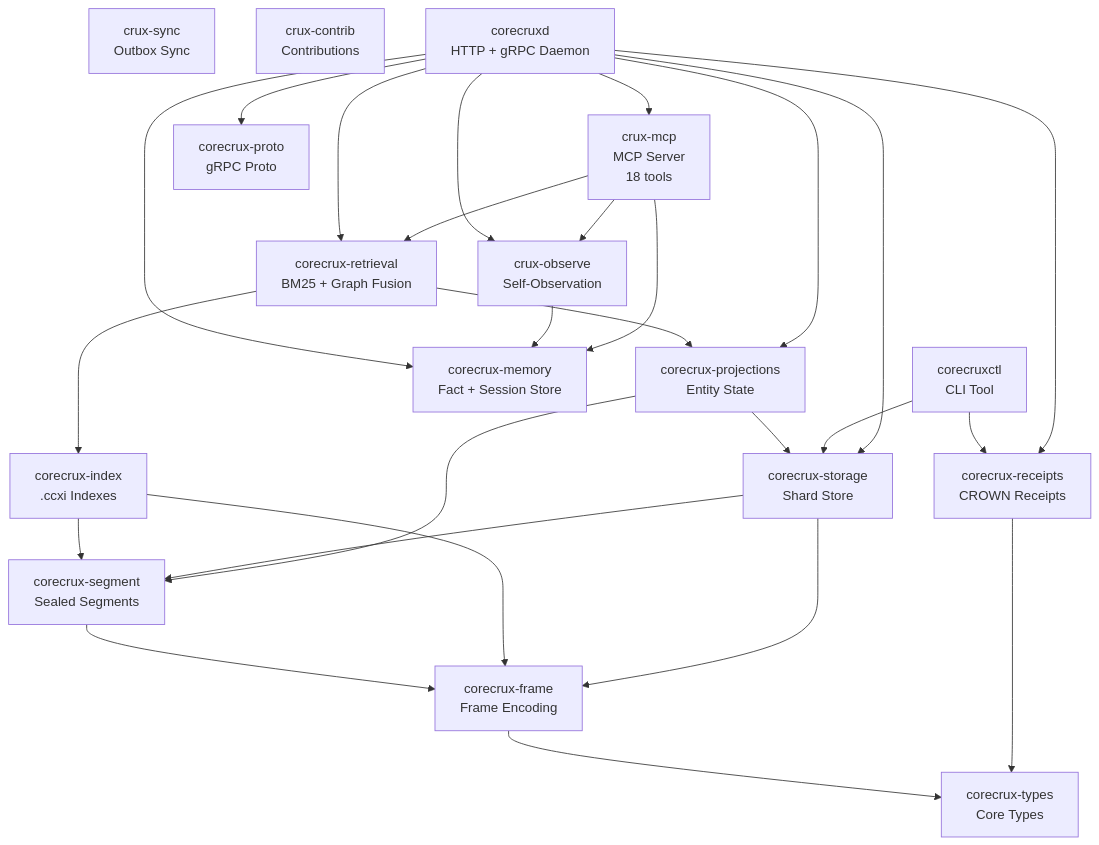
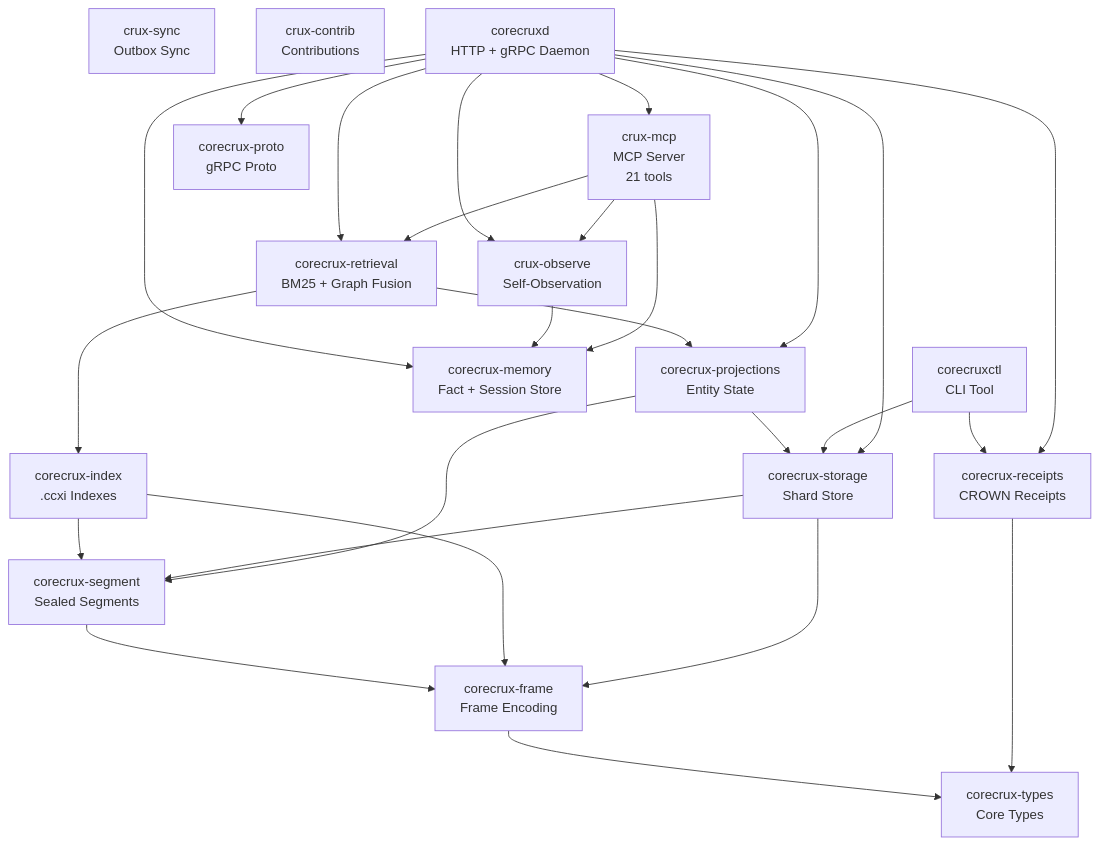
The diagram in README.md (CueCrux/Crux), drawn with Mermaid before and after one commit. The commit also changed other lines of this file and 20 other files, not shown here.

````diff
--- a/README.md
+++ b/README.md
@@ -210,45 +210,45 @@
 ```mermaid
 graph TD
-    cruxmcp[crux-mcp<br/>MCP Server<br/>18 tools]
+    cruxmcp[crux-mcp<br/>MCP Server<br/>21 tools]
     observe[crux-observe<br/>Self-Observation]
     sync[crux-sync<br/>Outbox Sync]
     contrib[crux-contrib<br/>Contributions]
     corecruxd[corecruxd<br/>HTTP + gRPC Daemon]
     corecruxctl[corecruxctl<br/>CLI Tool]
     retrieval[corecrux-retrieval<br/>BM25 + Graph Fusion]
     memory[corecrux-memory<br/>Fact + Session Store]
     projections[corecrux-projections<br/>Entity State]
     receipts[corecrux-receipts<br/>CROWN Receipts]
     storage[corecrux-storage<br/>Shard Store]
     index[corecrux-index<br/>.ccxi Indexes]
     segment[corecrux-segment<br/>Sealed Segments]
     frame[corecrux-frame<br/>Frame Encoding]
     types[corecrux-types<br/>Core Types]
     proto[corecrux-proto<br/>gRPC Proto]
 
     cruxmcp --> memory
     cruxmcp --> retrieval
     cruxmcp --> observe
     observe --> memory
     corecruxd --> cruxmcp
     corecruxd --> observe
     corecruxd --> memory
     corecruxd --> retrieval
     corecruxd --> projections
     corecruxd --> receipts
     corecruxd --> storage
     corecruxd --> proto
     corecruxctl --> storage
     corecruxctl --> receipts
     retrieval --> index
     retrieval --> projections
     projections --> storage
     projections --> segment
     storage --> segment
     storage --> frame
     index --> segment
     index --> frame
     segment --> frame
     receipts --> types
     frame --> types
 ```
````
